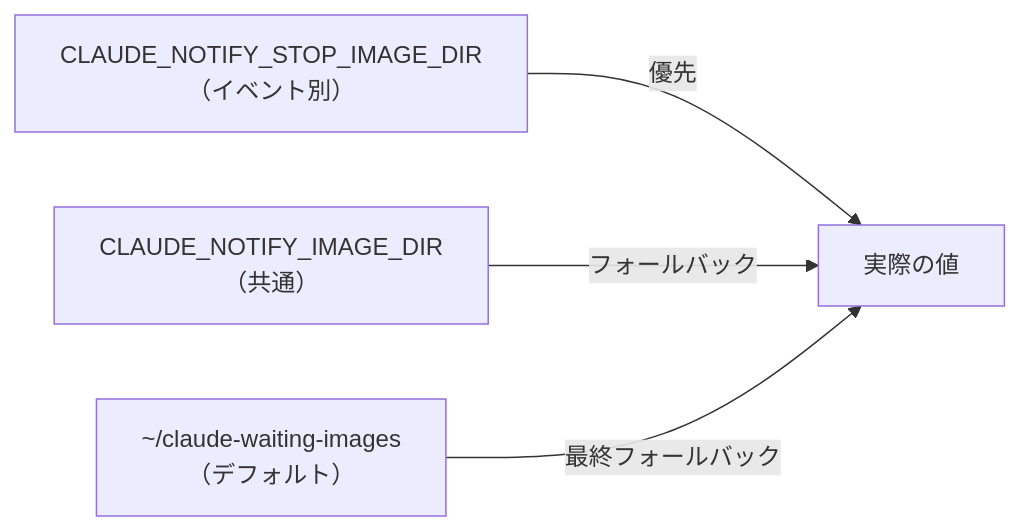
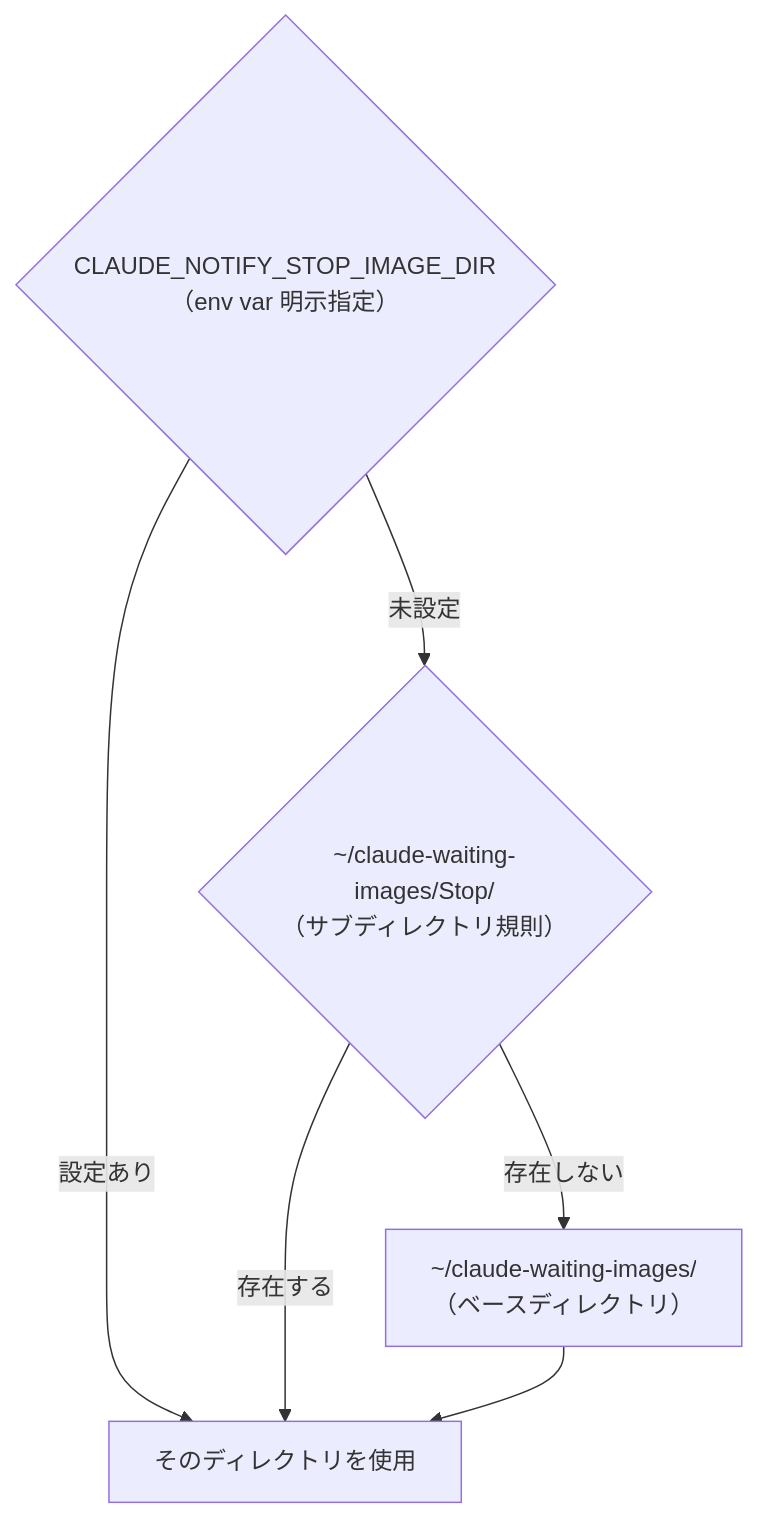
Before and after one commit to g-kari/g-kari-plugins: the fifth of 5 diagrams in stop-notifier/README.md, drawn with Mermaid. The commit also changed other lines of this file and 1 other file, not shown here.

Commit message:
feat: イベント別ディレクトリのサブディレクトリ規則に対応
env var → サブディレクトリ(~/claude-waiting-images/Stop/) → ベースディレクトリ
の順でフォールバックするように変更。ゼロコンフィグでイベント別画像・音声を管理できる。

````diff
--- a/stop-notifier/README.md
+++ b/stop-notifier/README.md
@@ -90,6 +90,9 @@
 ```mermaid
-flowchart LR
-    A["CLAUDE_NOTIFY_STOP_IMAGE_DIR\n（イベント別）"] -->|優先| C[実際の値]
-    B["CLAUDE_NOTIFY_IMAGE_DIR\n（共通）"] -->|フォールバック| C
-    D["~/claude-waiting-images\n（デフォルト）"] -->|最終フォールバック| C
+flowchart TD
+    A{"CLAUDE_NOTIFY_STOP_IMAGE_DIR\n（env var 明示指定）"}
+    A -- 設定あり --> Z[そのディレクトリを使用]
+    A -- 未設定 --> B{"~/claude-waiting-images/Stop/\n（サブディレクトリ規則）"}
+    B -- 存在する --> Z
+    B -- 存在しない --> C["~/claude-waiting-images/\n（ベースディレクトリ）"]
+    C --> Z
 ```
````
